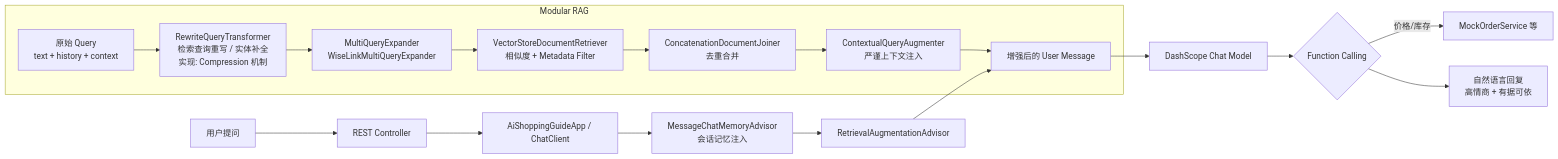
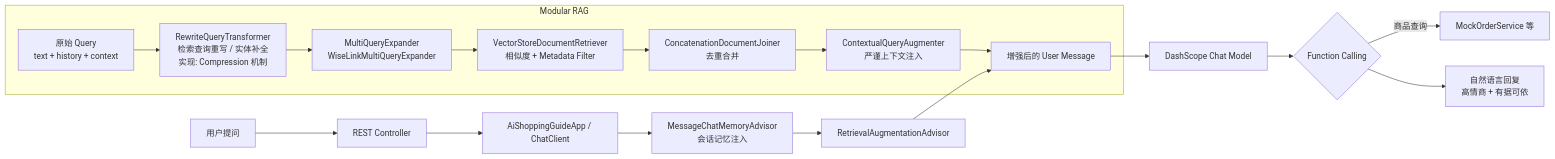
Before and after one commit to leungtzemeen/gen-ai-agent-java: the diagram in README.md, drawn with Mermaid. The commit also changed other lines of this file and 42 other files, not shown here.

````diff
--- a/README.md
+++ b/README.md
@@ -68,23 +68,23 @@
 ```mermaid
 flowchart LR
   U[用户提问] --> API[REST Controller]
   API --> APP[AiShoppingGuideApp / ChatClient]
   APP --> MEM[MessageChatMemoryAdvisor\n会话记忆注入]
   MEM --> RAG[RetrievalAugmentationAdvisor]
 
   subgraph RAG_CHAIN[Modular RAG]
     Q0[原始 Query\ntext + history + context]
     Q0 --> T[RewriteQueryTransformer\n检索查询重写 / 实体补全\n实现: Compression 机制]
     T --> E[MultiQueryExpander\nWiseLinkMultiQueryExpander]
     E --> R[VectorStoreDocumentRetriever\n相似度 + Metadata Filter]
     R --> J[ConcatenationDocumentJoiner\n去重合并]
     J --> A[ContextualQueryAugmenter\n严谨上下文注入]
     A --> Q1[增强后的 User Message]
   end
 
   RAG --> Q1
   Q1 --> LLM[DashScope Chat Model]
   LLM --> TOOL{Function Calling}
-  TOOL -->|价格/库存| MOCK[MockOrderService 等]
+  TOOL -->|商品查询| MOCK[MockOrderService 等]
   TOOL --> RESP[自然语言回复\n高情商 + 有据可依]
 ```
````
